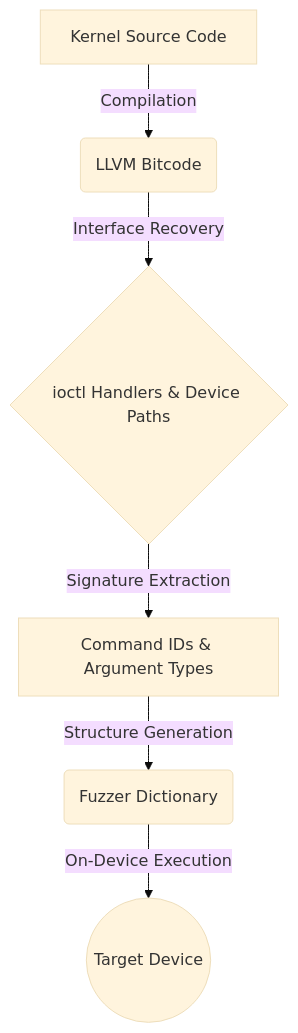
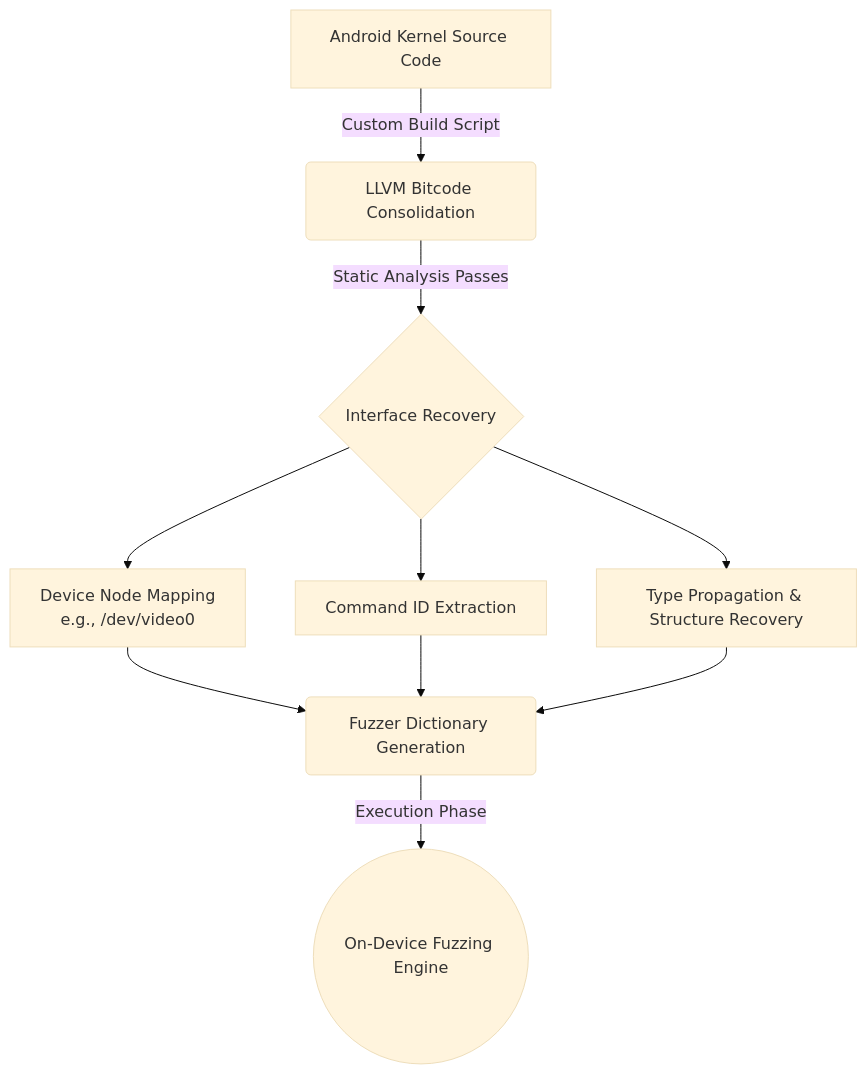
The diagram in thesis/03_difuze.md (yuval092/seminar-20954), drawn with Mermaid (base theme) before and after one commit. The commit also changed other lines of this file and 8 other files, not shown here.

````diff
--- a/thesis/03_difuze.md
+++ b/thesis/03_difuze.md
@@ -19,8 +37,12 @@
 ```mermaid
 graph TD
-    A[Kernel Source Code] -->|Compilation| B(LLVM Bitcode)
-    B -->|Interface Recovery| C{ioctl Handlers & Device Paths}
-    C -->|Signature Extraction| D[Command IDs & Argument Types]
-    D -->|Structure Generation| E(Fuzzer Dictionary)
-    E -->|On-Device Execution| F((Target Device))
+    A[Android Kernel Source Code] -->|Custom Build Script| B(LLVM Bitcode Consolidation)
+    B -->|Static Analysis Passes| C{Interface Recovery}
+    C --> D[Device Node Mapping<br>e.g., /dev/video0]
+    C --> E[Command ID Extraction]
+    C --> F[Type Propagation & Structure Recovery]
+    D --> G(Fuzzer Dictionary Generation)
+    E --> G
+    F --> G
+    G -->|Execution Phase| H((On-Device Fuzzing Engine))
 ```
````
